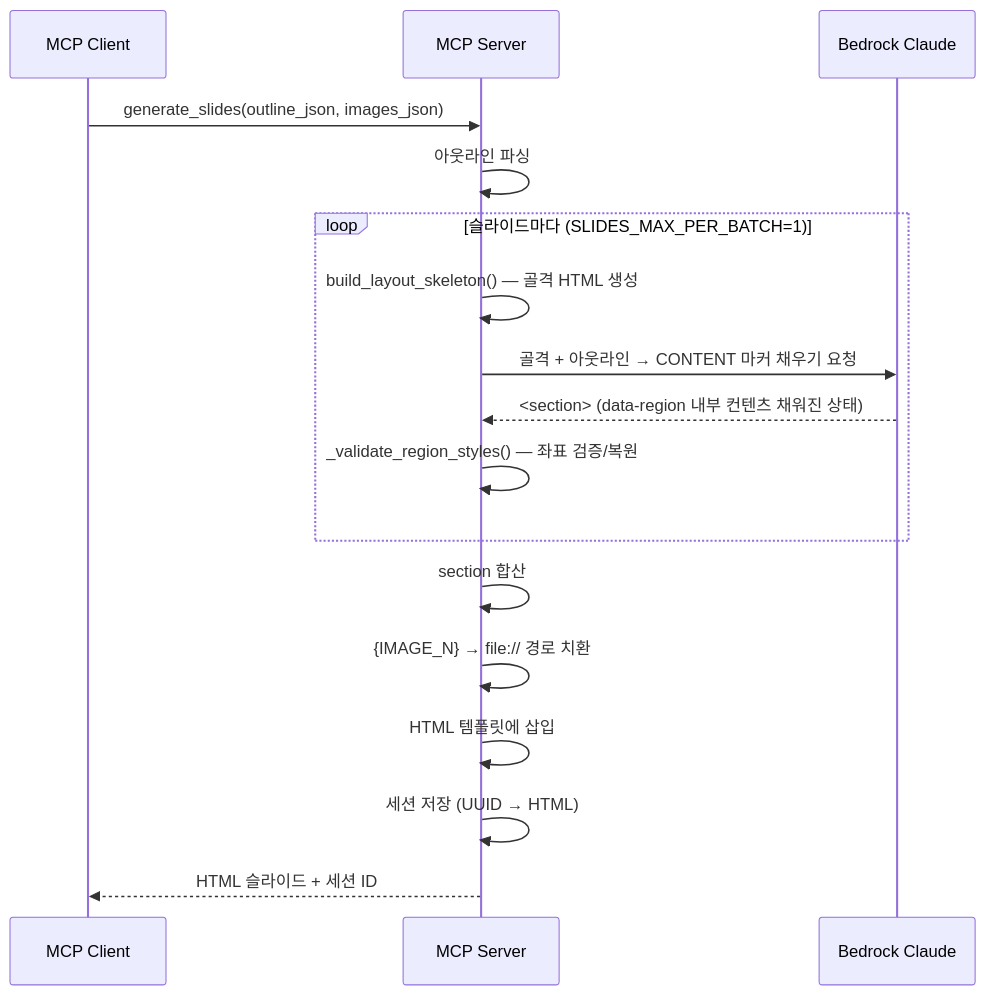
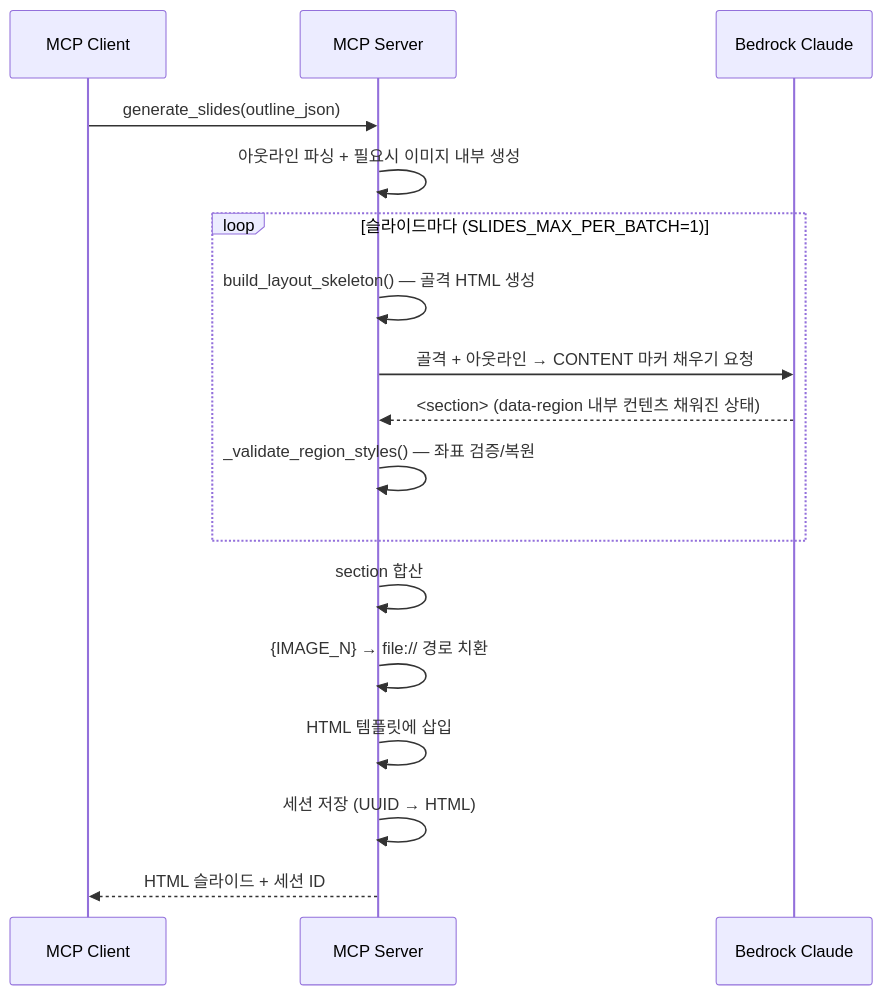
The diagram in docs/adr/pipeline/0004-html-slide-generation.md (haandol/ppt-generator), drawn with Mermaid before and after one commit. The commit also changed other lines of this file and 31 other files, not shown here.

````diff
--- a/docs/adr/pipeline/0004-html-slide-generation.md
+++ b/docs/adr/pipeline/0004-html-slide-generation.md
@@ -131,22 +131,22 @@
 ```mermaid
 sequenceDiagram
     participant Client as MCP Client
     participant Server as MCP Server
     participant LLM as Bedrock Claude
 
-    Client->>Server: generate_slides(outline_json, images_json)
-    Server->>Server: 아웃라인 파싱
+    Client->>Server: generate_slides(outline_json)
+    Server->>Server: 아웃라인 파싱 + 필요시 이미지 내부 생성
 
     loop 슬라이드마다 (SLIDES_MAX_PER_BATCH=1)
         Server->>Server: build_layout_skeleton() — 골격 HTML 생성
         Server->>LLM: 골격 + 아웃라인 → CONTENT 마커 채우기 요청
         LLM-->>Server: <section> (data-region 내부 컨텐츠 채워진 상태)
         Server->>Server: _validate_region_styles() — 좌표 검증/복원
     end
 
     Server->>Server: section 합산
     Server->>Server: {IMAGE_N} → file:// 경로 치환
     Server->>Server: HTML 템플릿에 삽입
     Server->>Server: 세션 저장 (UUID → HTML)
     Server-->>Client: HTML 슬라이드 + 세션 ID
 ```
````
